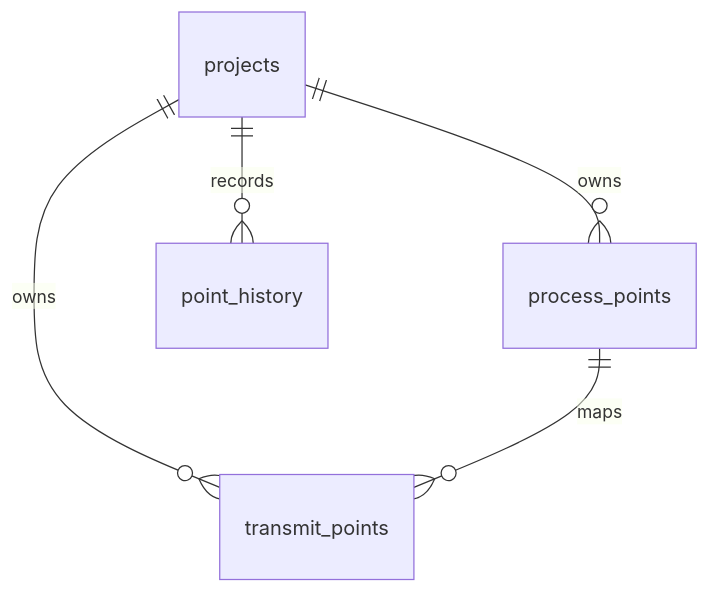
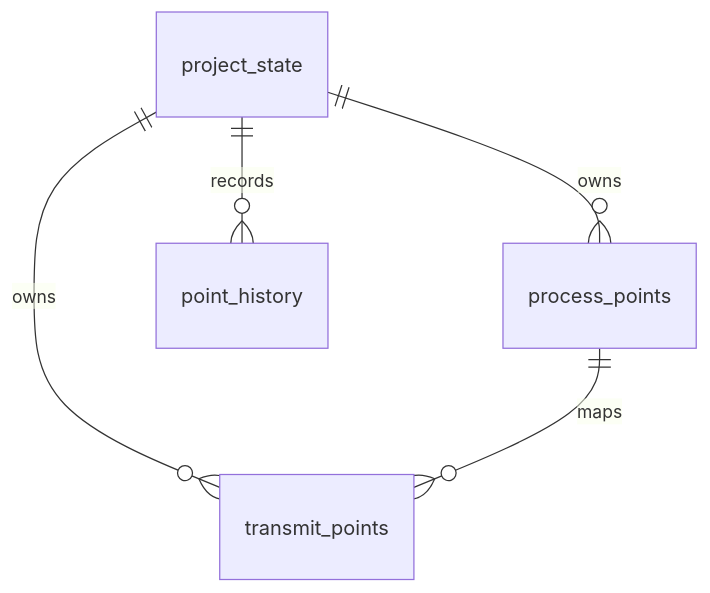
One commit to ryaaaaaan96/protocol_server changed the diagram in docs/architecture.md. Above: the diagram before and after it, drawn with Mermaid. The commit also changed other lines of this file and 63 other files, not shown here.

````diff
--- a/docs/architecture.md
+++ b/docs/architecture.md
@@ -50,7 +52,7 @@
 ```mermaid
 erDiagram
-  projects ||--o{ process_points : owns
-  projects ||--o{ transmit_points : owns
+  project_state ||--o{ process_points : owns
+  project_state ||--o{ transmit_points : owns
   process_points ||--o{ transmit_points : maps
-  projects ||--o{ point_history : records
+  project_state ||--o{ point_history : records
 ```
````
